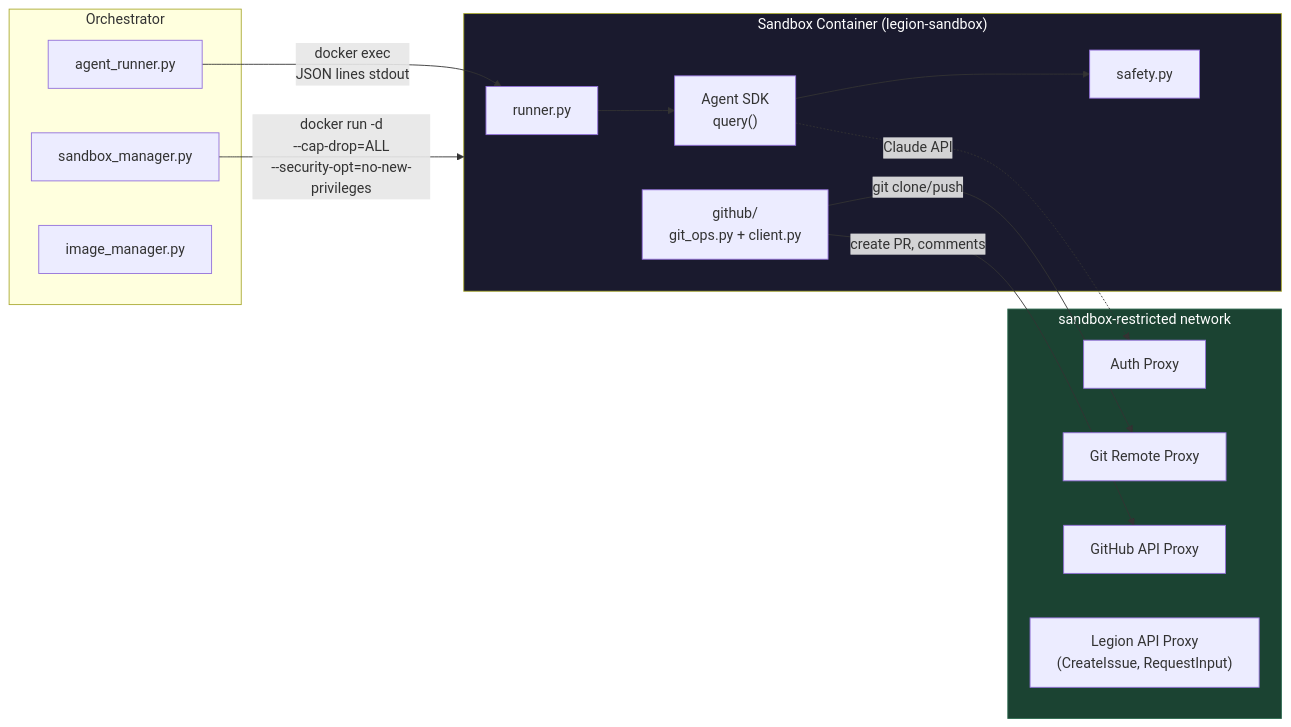
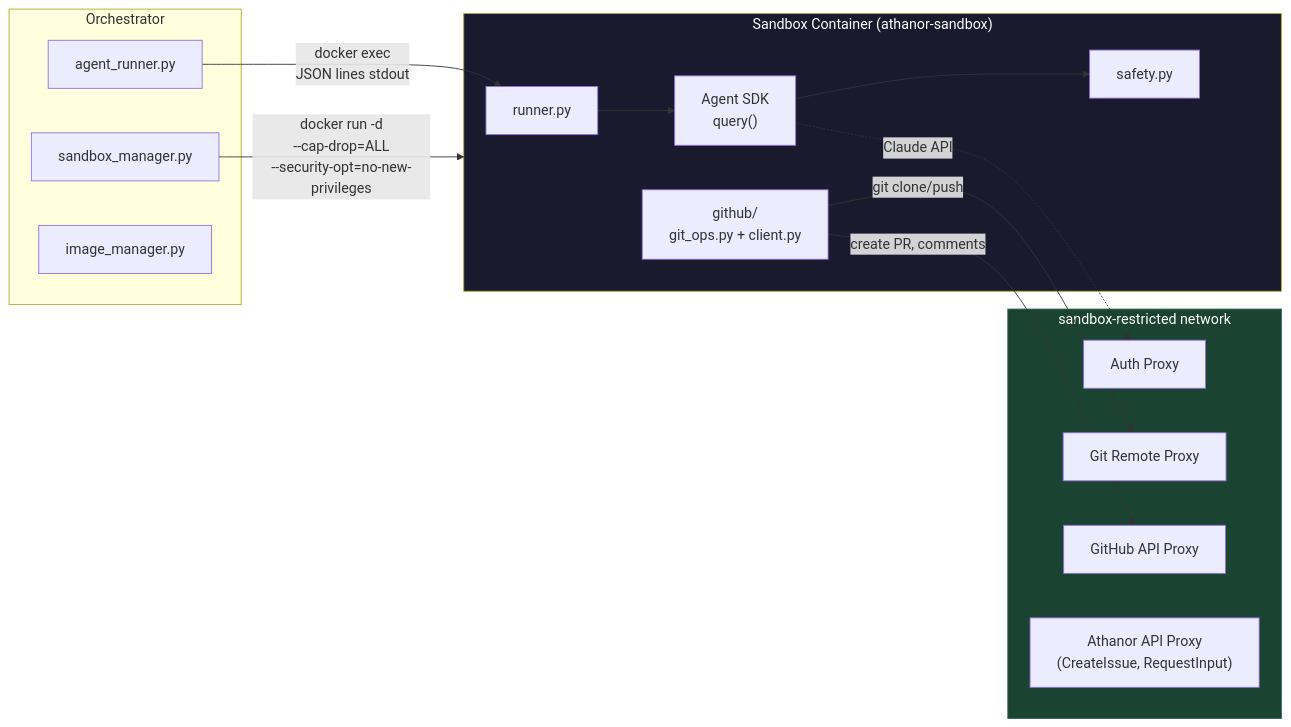
The sixth of 10 diagrams in docs/architecture.md (sudoTomas/embry0), drawn with Mermaid before and after one commit. The commit also changed other lines of this file and 2 other files, not shown here.

First line of the commit message:
docs: rename Legion → embry0 across active documentation

````diff
--- a/docs/architecture.md
+++ b/docs/architecture.md
@@ -325,33 +325,33 @@
 ```mermaid
 graph LR
     subgraph Orchestrator["Orchestrator"]
         AR["agent_runner.py"]
         SM["sandbox_manager.py"]
         IM["image_manager.py"]
     end
 
     subgraph ProxyNet["sandbox-restricted network"]
         AP["Auth Proxy"]
         GP["Git Remote Proxy"]
         GHP["GitHub API Proxy"]
-        LP["Legion API Proxy<br/>(CreateIssue, RequestInput)"]
+        LP["Athanor API Proxy<br/>(CreateIssue, RequestInput)"]
     end
 
-    subgraph Sandbox["Sandbox Container (legion-sandbox)"]
+    subgraph Sandbox["Sandbox Container (athanor-sandbox)"]
         RN["runner.py"]
         SDK["Agent SDK<br/>query()"]
         SF["safety.py"]
         GIT["github/<br/>git_ops.py + client.py"]
     end
 
     SM -->|"docker run -d<br/>--cap-drop=ALL<br/>--security-opt=no-new-privileges"| Sandbox
     AR -->|"docker exec<br/>JSON lines stdout"| RN
     RN --> SDK
     SDK --> SF
     GIT -->|"git clone/push"| GP
     GIT -->|"create PR, comments"| GHP
     SDK -.->|"Claude API"| AP
 
     style Sandbox fill:#1a1a2e,color:#fff
     style ProxyNet fill:#1b4332,stroke:#2d6a4f,color:#fff
 ```
````
